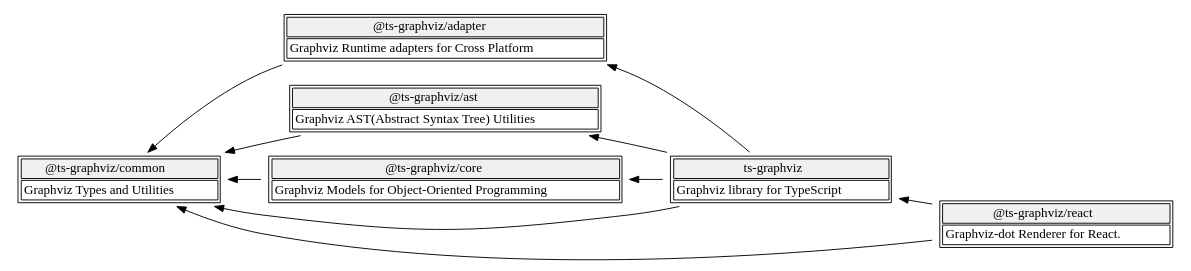
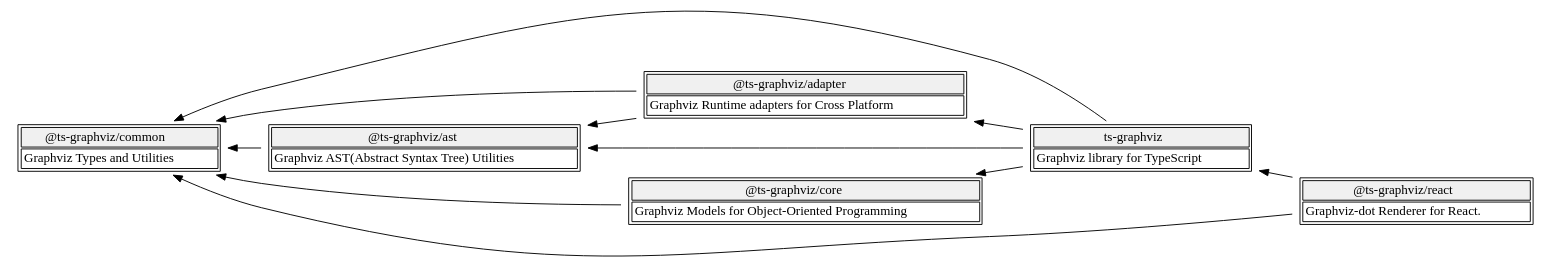
The diagram in media/dependency-graph.dot (ts-graphviz/ts-graphviz), drawn with Graphviz before and after one commit. The commit also changed 29 other files, not shown here.

```diff
--- a/media/dependency-graph.dot
+++ b/media/dependency-graph.dot
@@ -1,43 +1,44 @@
 digraph "dependency_graph" {
   newrank = true;
   rankdir = "LR";
   edge [
     dir = "back";
   ];
   node [
     shape = "none";
   ];
   "@ts-graphviz/adapter" [
     label = <<table><tr><td port="name" bgcolor="#f0f0f0" align="CENTER">@ts-graphviz/adapter</td></tr><tr><td port="description" align="CENTER">Graphviz Runtime adapters for Cross Platform</td></tr></table>>;
     URL = "https://www.npmjs.com/package/@ts-graphviz/adapter";
   ];
   "@ts-graphviz/ast" [
     label = <<table><tr><td port="name" bgcolor="#f0f0f0" align="CENTER">@ts-graphviz/ast</td></tr><tr><td port="description" align="CENTER">Graphviz AST(Abstract Syntax Tree) Utilities</td></tr></table>>;
     URL = "https://www.npmjs.com/package/@ts-graphviz/ast";
   ];
   "@ts-graphviz/common" [
     label = <<table><tr><td port="name" bgcolor="#f0f0f0" align="CENTER">@ts-graphviz/common</td></tr><tr><td port="description" align="CENTER">Graphviz Types and Utilities</td></tr></table>>;
     URL = "https://www.npmjs.com/package/@ts-graphviz/common";
   ];
   "@ts-graphviz/core" [
     label = <<table><tr><td port="name" bgcolor="#f0f0f0" align="CENTER">@ts-graphviz/core</td></tr><tr><td port="description" align="CENTER">Graphviz Models for Object-Oriented Programming</td></tr></table>>;
     URL = "https://www.npmjs.com/package/@ts-graphviz/core";
   ];
   "@ts-graphviz/react" [
     label = <<table><tr><td port="name" bgcolor="#f0f0f0" align="CENTER">@ts-graphviz/react</td></tr><tr><td port="description" align="CENTER">Graphviz-dot Renderer for React.</td></tr></table>>;
     URL = "https://www.npmjs.com/package/@ts-graphviz/react";
   ];
   "ts-graphviz" [
     label = <<table><tr><td port="name" bgcolor="#f0f0f0" align="CENTER">ts-graphviz</td></tr><tr><td port="description" align="CENTER">Graphviz library for TypeScript</td></tr></table>>;
     URL = "https://www.npmjs.com/package/ts-graphviz";
   ];
+  "@ts-graphviz/ast" -> "@ts-graphviz/adapter";
   "@ts-graphviz/common" -> "@ts-graphviz/adapter";
   "@ts-graphviz/common" -> "@ts-graphviz/ast";
   "@ts-graphviz/common" -> "@ts-graphviz/core";
   "@ts-graphviz/common" -> "@ts-graphviz/react";
   "ts-graphviz" -> "@ts-graphviz/react";
   "@ts-graphviz/adapter" -> "ts-graphviz";
   "@ts-graphviz/ast" -> "ts-graphviz";
   "@ts-graphviz/common" -> "ts-graphviz";
   "@ts-graphviz/core" -> "ts-graphviz";
 }
```
